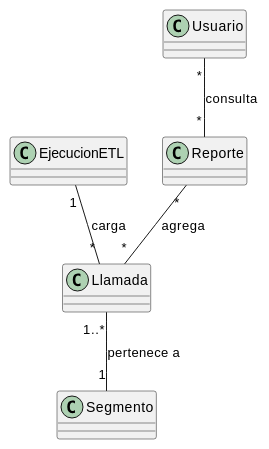
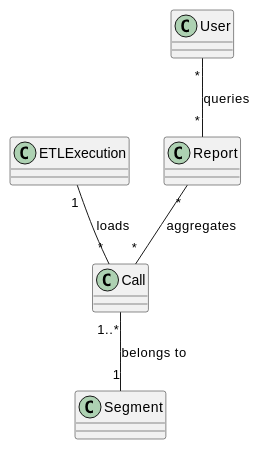
Before and after one commit to jcg-admin/IACT-docs: the diagram in source/requisitos/_metodologia-aplicacion/analisis-dominio/crecimiento-del-modelo-a-partir-de-la-primera-relacion.rst, drawn with PlantUML. The commit also changed 21 other files, not shown here.

```diff
--- a/source/requisitos/_metodologia-aplicacion/analisis-dominio/crecimiento-del-modelo-a-partir-de-la-primera-relacion.rst
+++ b/source/requisitos/_metodologia-aplicacion/analisis-dominio/crecimiento-del-modelo-a-partir-de-la-primera-relacion.rst
@@ -8,14 +8,14 @@
 .. uml::
 
    @startuml
-   class Llamada
-   class Segmento
-   class EjecucionETL
-   class Reporte
-   class Usuario
+   class Call
+   class Segment
+   class ETLExecution
+   class Report
+   class User
 
-   Llamada "1..*" -- "1" Segmento : pertenece a
-   EjecucionETL "1" -- "*" Llamada : carga
-   Reporte "*" -- "*" Llamada : agrega
-   Usuario "*" -- "*" Reporte : consulta
+   Call "1..*" -- "1" Segment : belongs to
+   ETLExecution "1" -- "*" Call : loads
+   Report "*" -- "*" Call : aggregates
+   User "*" -- "*" Report : queries
    @enduml
```
